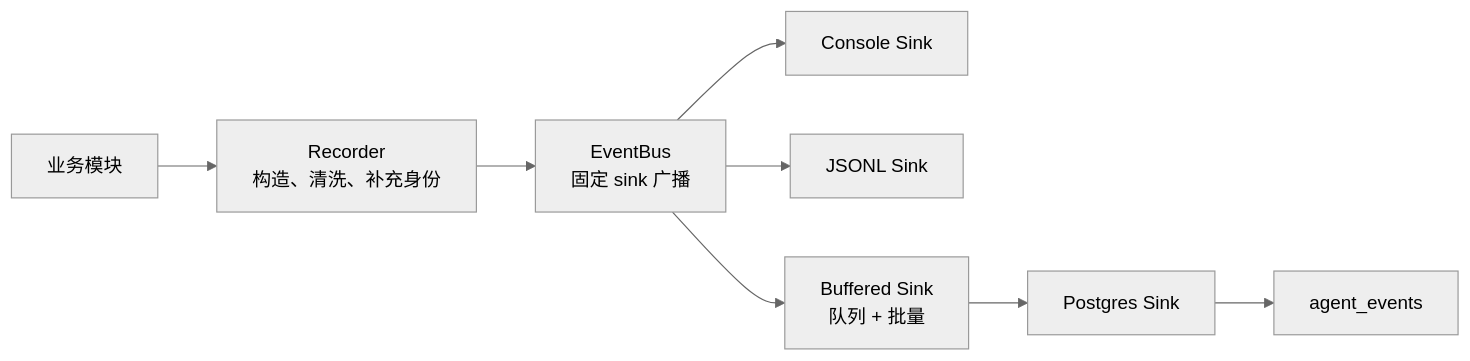
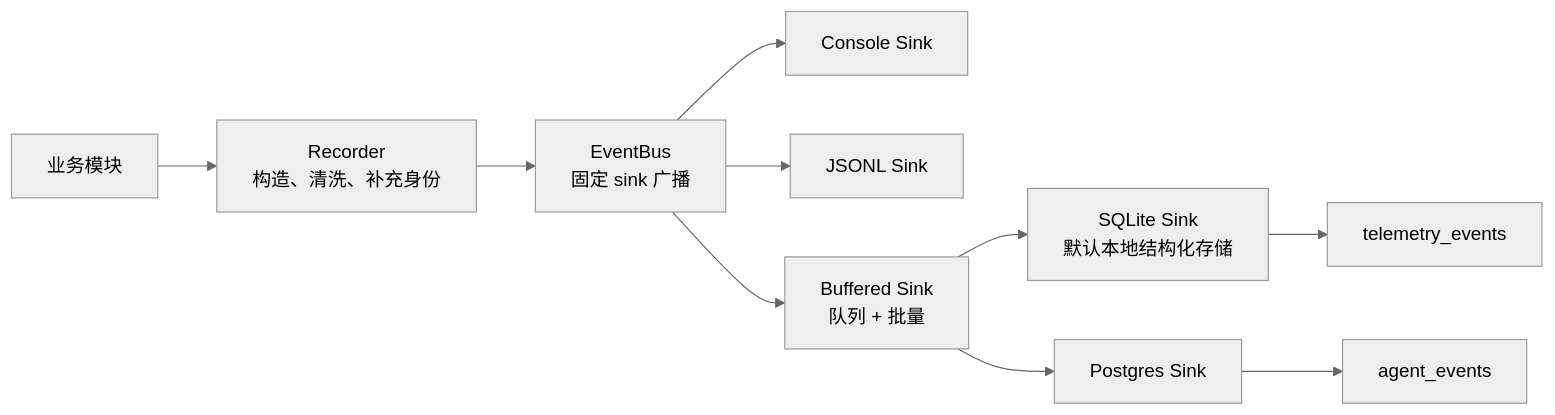
One commit to Dzheng2250/learn_langchain changed the diagram in docs/architecture/event-system.md. Above: the diagram before and after it, drawn with Mermaid (neutral theme). The commit also changed other lines of this file and 44 other files, not shown here.

````diff
--- a/docs/architecture/event-system.md
+++ b/docs/architecture/event-system.md
@@ -69,10 +69,12 @@
 ```mermaid
 flowchart LR
     Producer["业务模块"] --> Recorder["Recorder<br/>构造、清洗、补充身份"]
     Recorder --> Bus["EventBus<br/>固定 sink 广播"]
     Bus --> Console["Console Sink"]
     Bus --> File["JSONL Sink"]
     Bus --> Buffer["Buffered Sink<br/>队列 + 批量"]
+    Buffer --> SQLite["SQLite Sink<br/>默认本地结构化存储"]
     Buffer --> Postgres["Postgres Sink"]
+    SQLite --> LocalTable["telemetry_events"]
     Postgres --> Table["agent_events"]
 ```
````
